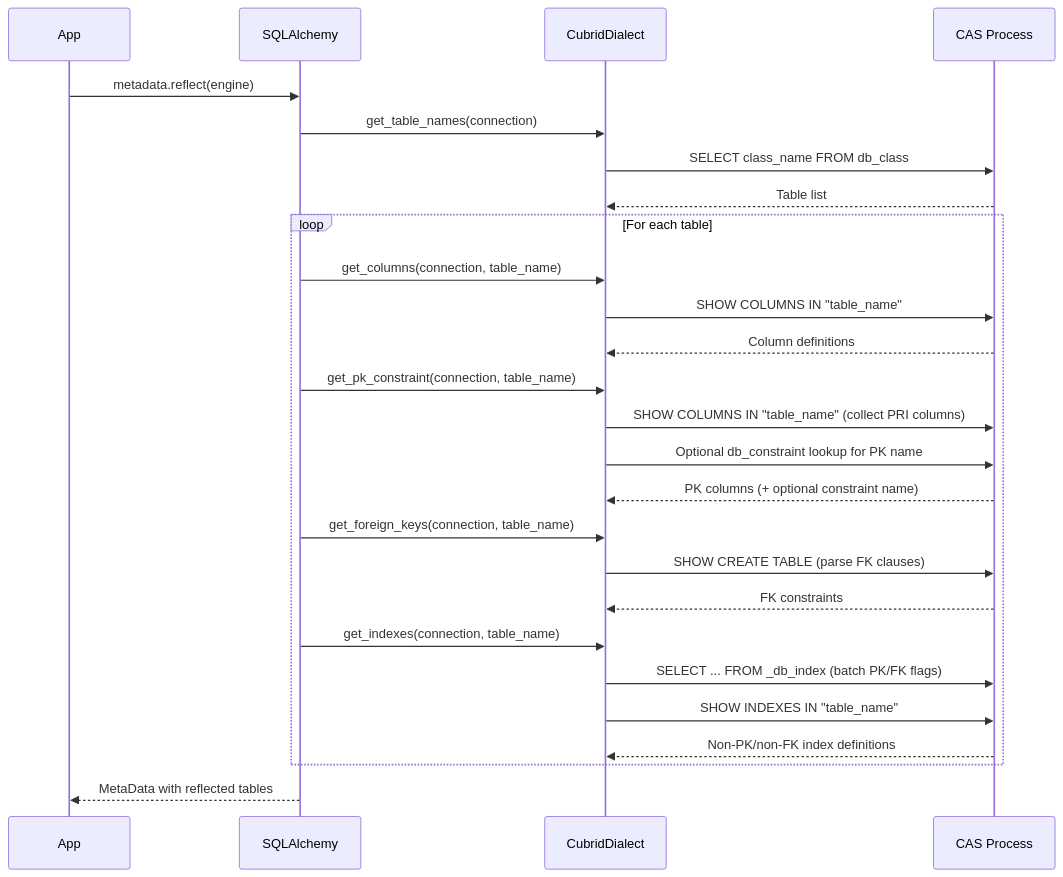
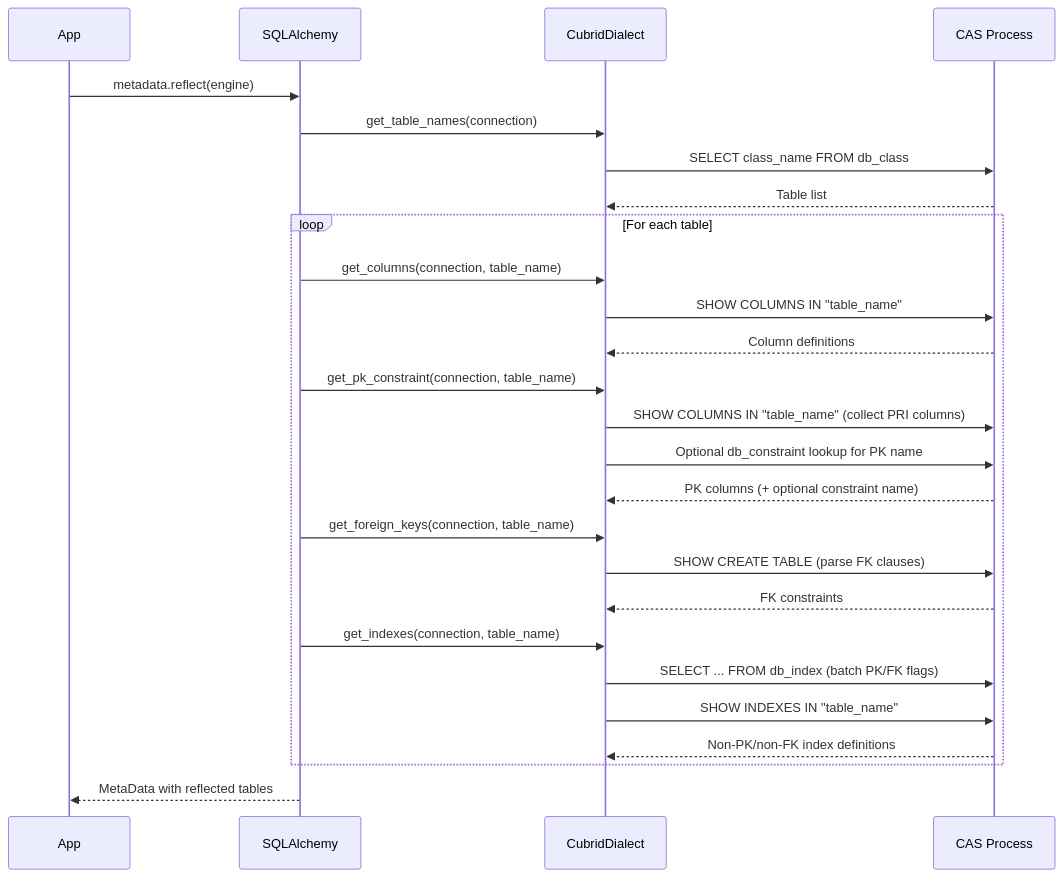
The third of 6 diagrams in docs/ARCHITECTURE.md (HarshRajSinghania/sqlalchemy-cubrid), drawn with Mermaid before and after one commit. The commit also changed 11 other files, not shown here.

````diff
--- a/docs/ARCHITECTURE.md
+++ b/docs/ARCHITECTURE.md
@@ -94,34 +94,34 @@
 ```mermaid
 sequenceDiagram
     participant App
     participant SA as SQLAlchemy
     participant Dialect as CubridDialect
     participant CAS as CAS Process
     
     App->>SA: metadata.reflect(engine)
     SA->>Dialect: get_table_names(connection)
     Dialect->>CAS: SELECT class_name FROM db_class
     CAS-->>Dialect: Table list
     
     loop For each table
       SA->>Dialect: get_columns(connection, table_name)
       Dialect->>CAS: SHOW COLUMNS IN "table_name"
       CAS-->>Dialect: Column definitions
       
       SA->>Dialect: get_pk_constraint(connection, table_name)
       Dialect->>CAS: SHOW COLUMNS IN "table_name" (collect PRI columns)
       Dialect->>CAS: Optional db_constraint lookup for PK name
       CAS-->>Dialect: PK columns (+ optional constraint name)
       
       SA->>Dialect: get_foreign_keys(connection, table_name)
       Dialect->>CAS: SHOW CREATE TABLE (parse FK clauses)
       CAS-->>Dialect: FK constraints
       
       SA->>Dialect: get_indexes(connection, table_name)
-      Dialect->>CAS: SELECT ... FROM _db_index (batch PK/FK flags)
+      Dialect->>CAS: SELECT ... FROM db_index (batch PK/FK flags)
       Dialect->>CAS: SHOW INDEXES IN "table_name"
       CAS-->>Dialect: Non-PK/non-FK index definitions
     end
     
     SA-->>App: MetaData with reflected tables
 ```
````
